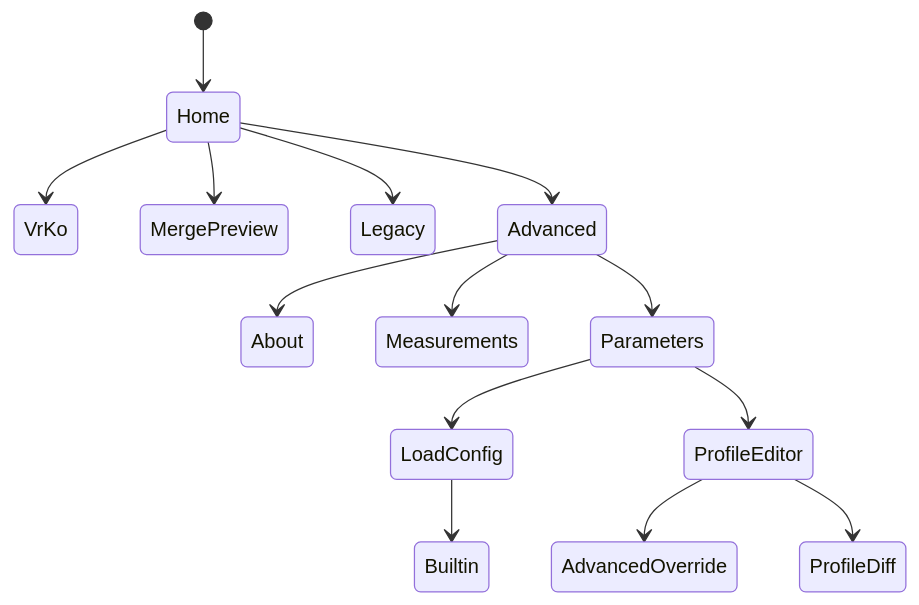
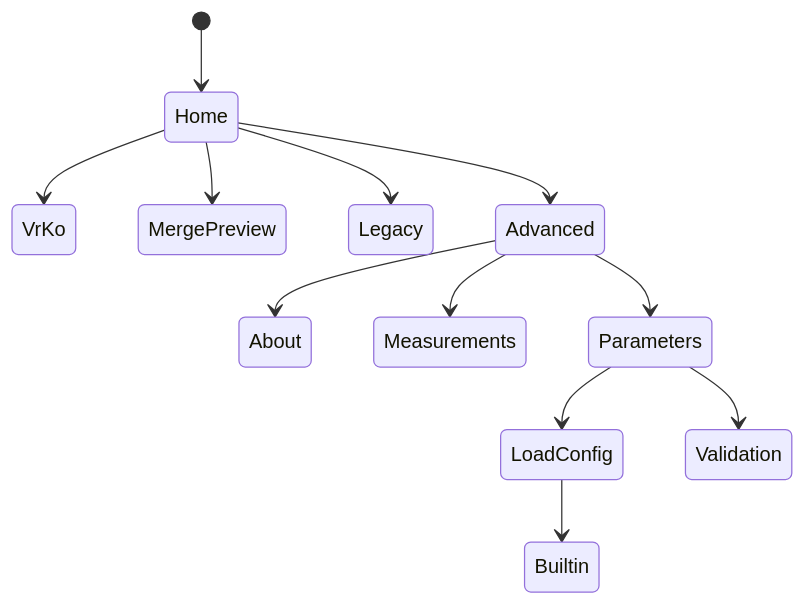
One commit to Haoyu-UT/robust-ghostlock-app changed the second of 2 diagrams in docs/analysis/ui-architecture-refactor-plan.md. Above: the diagram before and after it, drawn with Mermaid. The commit also changed other lines of this file and 1 other file, not shown here.

First line of the commit message:
docs(ui): delete the profile editor; record the validation report and home decisions

````diff
--- a/docs/analysis/ui-architecture-refactor-plan.md
+++ b/docs/analysis/ui-architecture-refactor-plan.md
@@ -157,16 +159,14 @@
 ```mermaid
 stateDiagram-v2
     [*] --> Home
     Home --> VrKo
     Home --> MergePreview
     Home --> Legacy
     Home --> Advanced
     Advanced --> About
     Advanced --> Measurements
     Advanced --> Parameters
     Parameters --> LoadConfig
     LoadConfig --> Builtin
-    Parameters --> ProfileEditor
-    ProfileEditor --> AdvancedOverride
-    ProfileEditor --> ProfileDiff
+    Parameters --> Validation
 ```
````
